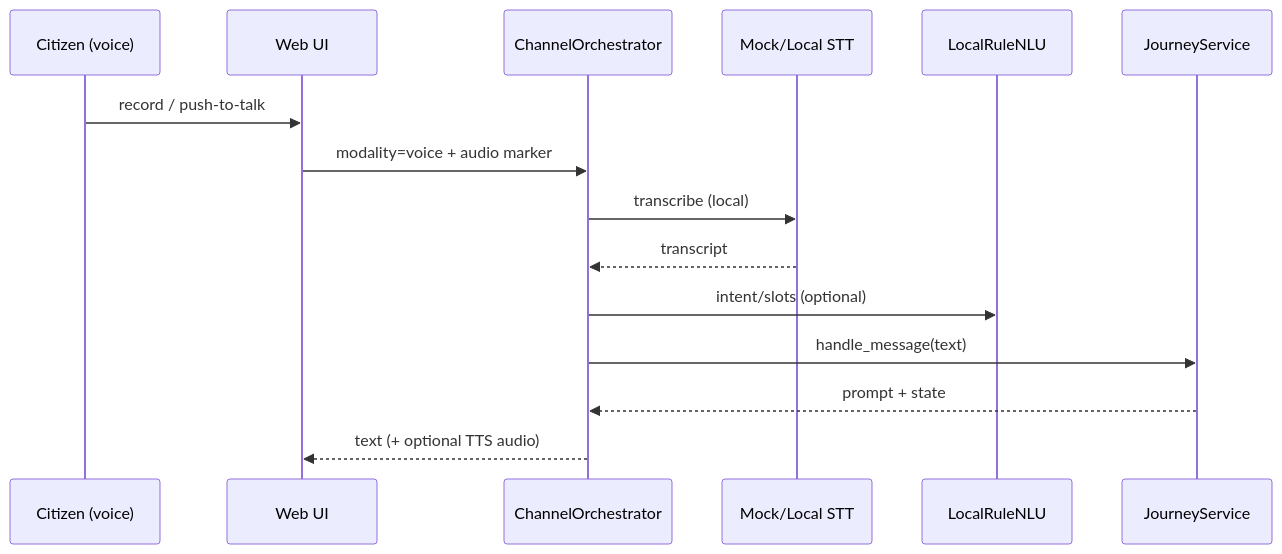
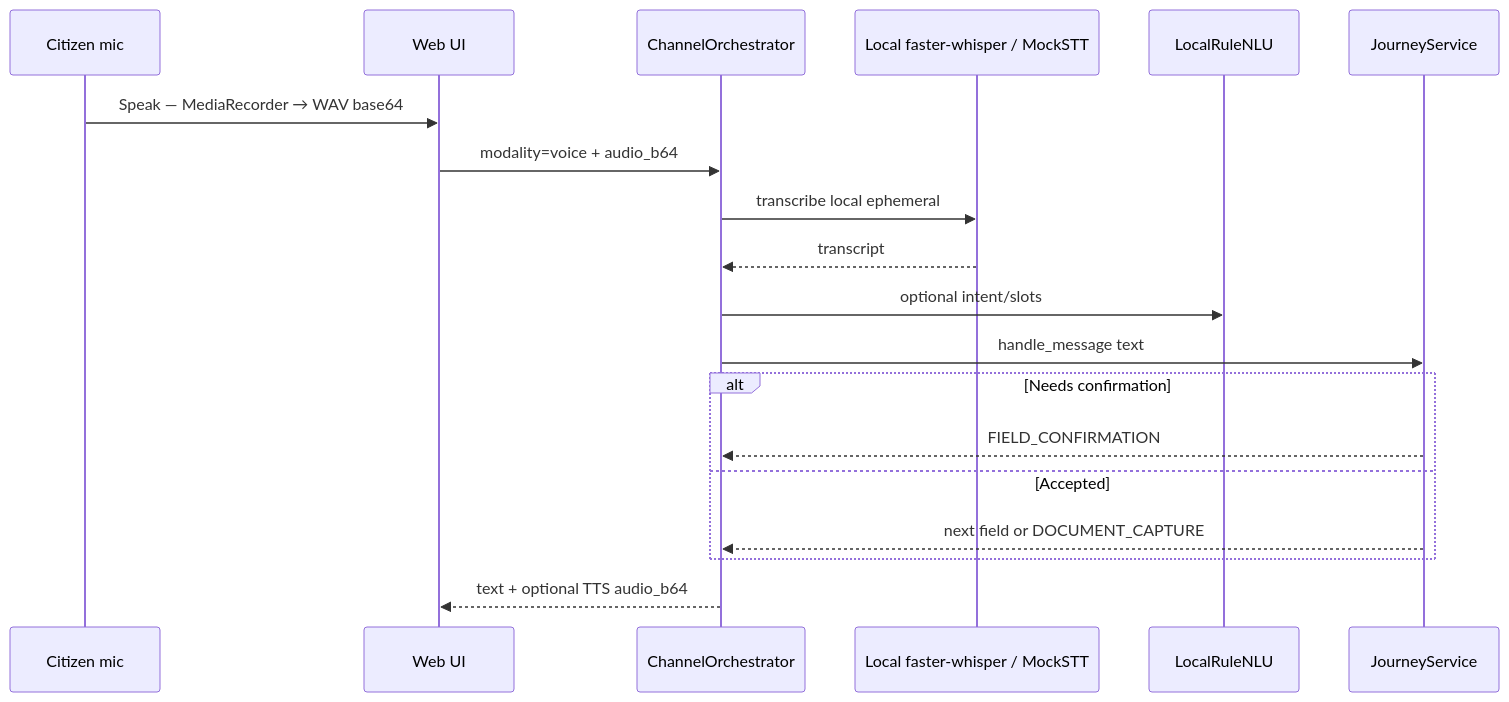
One commit to Gautamprakash17/multilingual-voice-revenue-services changed diagram 12 of 15 in docs/diagrams.md. Above: the diagram before and after it, drawn with Mermaid. The commit also changed other lines of this file and 2 other files, not shown here.

First line of the commit message:
docs: sync architecture diagrams and data classification with codebase

````diff
--- a/docs/diagrams.md
+++ b/docs/diagrams.md
@@ -107,17 +345,21 @@
 ```mermaid
 sequenceDiagram
-  participant U as Citizen (voice)
+  participant U as Citizen mic
   participant UI as Web UI
   participant OR as ChannelOrchestrator
-  participant STT as Mock/Local STT
+  participant STT as Local faster-whisper / MockSTT
   participant NLU as LocalRuleNLU
   participant J as JourneyService
-  U->>UI: record / push-to-talk
-  UI->>OR: modality=voice + audio marker
-  OR->>STT: transcribe (local)
+  U->>UI: Speak — MediaRecorder → WAV base64
+  UI->>OR: modality=voice + audio_b64
+  OR->>STT: transcribe local ephemeral
   STT-->>OR: transcript
-  OR->>NLU: intent/slots (optional)
-  OR->>J: handle_message(text)
-  J-->>OR: prompt + state
-  OR-->>UI: text (+ optional TTS audio)
+  OR->>NLU: optional intent/slots
+  OR->>J: handle_message text
+  alt Needs confirmation
+    J-->>OR: FIELD_CONFIRMATION
+  else Accepted
+    J-->>OR: next field or DOCUMENT_CAPTURE
+  end
+  OR-->>UI: text + optional TTS audio_b64
 ```
````
